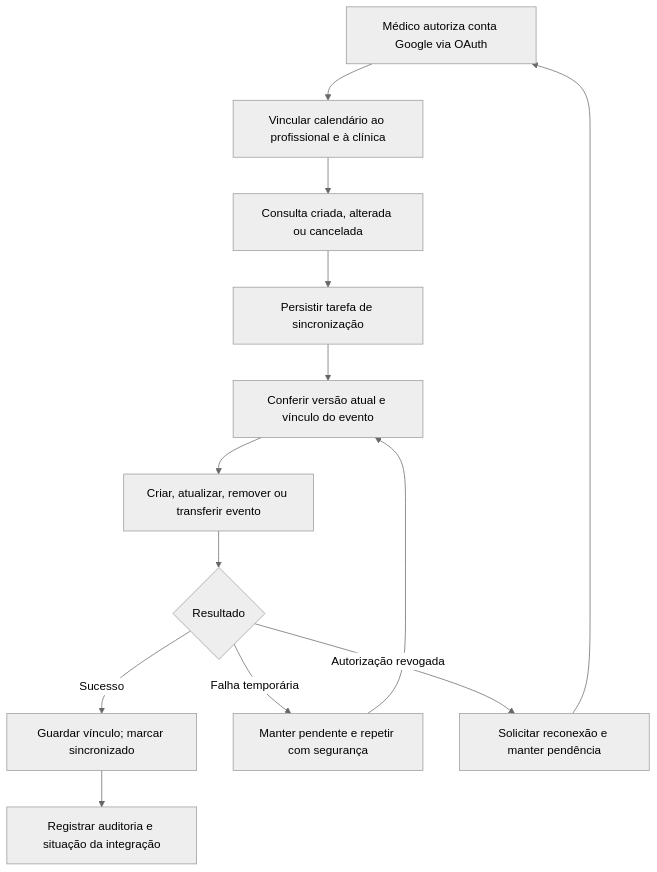
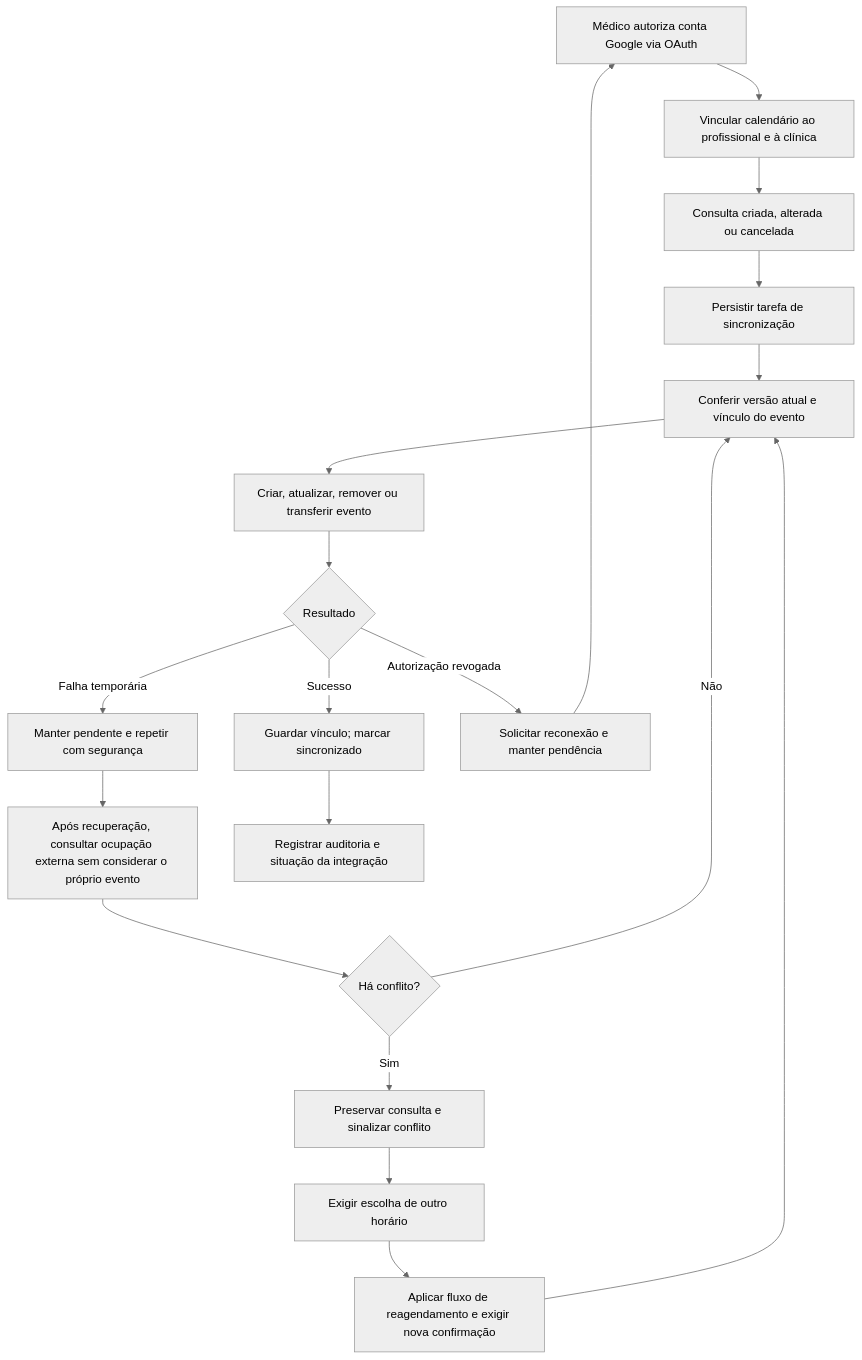
Before and after one commit to ArthurSarva/IntegraConsultas: the seventh of 7 diagrams in docs/fluxograma-sistema.md, drawn with Mermaid (neutral theme). The commit also changed other lines of this file, not shown here.

Commit message:
docs: atualizar fluxos de cancelamento, reagendamento e conflito Google

````diff
--- a/docs/fluxograma-sistema.md
+++ b/docs/fluxograma-sistema.md
@@ -168,15 +171,21 @@
 ```mermaid
 flowchart TD
     A["Médico autoriza conta Google via OAuth"] --> B["Vincular calendário ao profissional e à clínica"]
     B --> C["Consulta criada, alterada ou cancelada"]
     C --> D["Persistir tarefa de sincronização"]
     D --> E["Conferir versão atual e vínculo do evento"]
     E --> F["Criar, atualizar, remover ou transferir evento"]
     F --> G{"Resultado"}
     G -->|Sucesso| H["Guardar vínculo; marcar sincronizado"]
     G -->|Falha temporária| I["Manter pendente e repetir com segurança"]
     G -->|Autorização revogada| J["Solicitar reconexão e manter pendência"]
-    I --> E
+    I --> R["Após recuperação, consultar ocupação externa sem considerar o próprio evento"]
+    R --> S{"Há conflito?"}
+    S -->|Não| E
+    S -->|Sim| T["Preservar consulta e sinalizar conflito"]
+    T --> U["Exigir escolha de outro horário"]
+    U --> V["Aplicar fluxo de reagendamento e exigir nova confirmação"]
+    V --> E
     J --> A
     H --> K["Registrar auditoria e situação da integração"]
 ```
````
